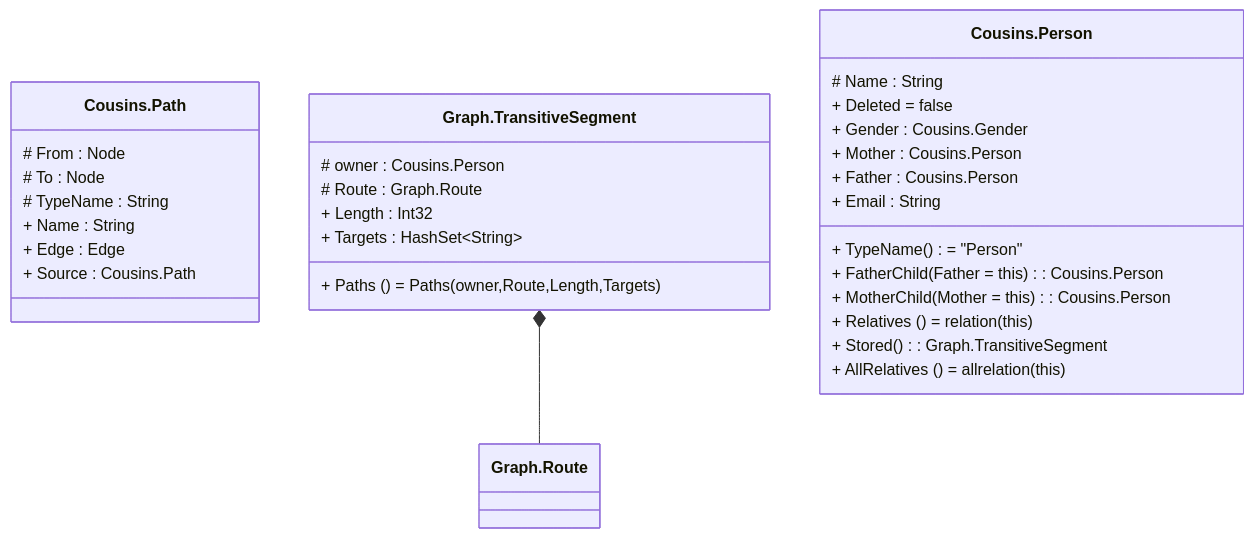
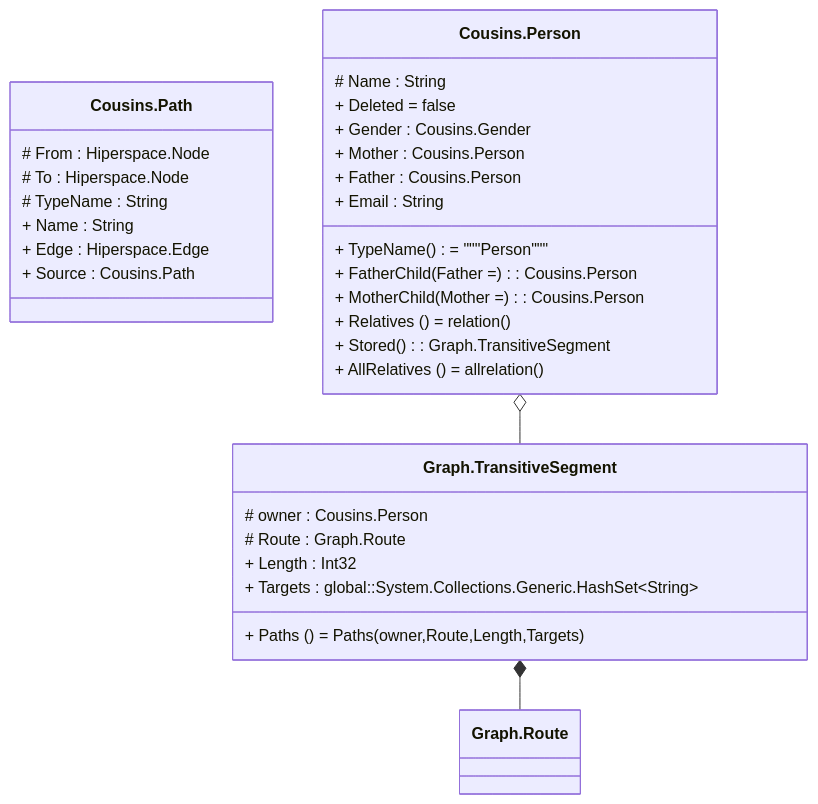
The diagram in examples/CousinProblem/Cousins-physical.md (channell/Hiperspace), drawn with Mermaid before and after one commit. The commit also changed other lines of this file and 2496 other files, not shown here.

````diff
--- a/examples/CousinProblem/Cousins-physical.md
+++ b/examples/CousinProblem/Cousins-physical.md
@@ -2,34 +2,35 @@
 ```mermaid
 classDiagram
     class Cousins.Path {
-        # From  : Node
-        # To  : Node
+        # From  : Hiperspace.Node
+        # To  : Hiperspace.Node
         # TypeName  : String
         + Name  : String
-        + Edge  : Edge
+        + Edge  : Hiperspace.Edge
         + Source  : Cousins.Path
     }
-    class Graph.TransitiveSegment {
-        # owner  : Cousins.Person
-        # Route  : Graph.Route
-        + Length  : Int32
-        + Targets  : HashSet~String~
-        + Paths () = Paths(owner,Route,Length,Targets)
-    }
-    Graph.TransitiveSegment *-- Graph.Route
     class Cousins.Person {
         # Name  : String
         + Deleted  = false
         + Gender  : Cousins.Gender
         + Mother  : Cousins.Person
         + Father  : Cousins.Person
         + Email  : String
-        + TypeName () = "Person"
-        + FatherChild (Father = this) : Cousins.Person
-        + MotherChild (Mother = this) : Cousins.Person
-        + Relatives () = relation(this)
+        + TypeName () = """Person"""
+        + FatherChild (Father = ) : Cousins.Person
+        + MotherChild (Mother = ) : Cousins.Person
+        + Relatives () = relation()
         + Stored () : Graph.TransitiveSegment
-        + AllRelatives () = allrelation(this)
+        + AllRelatives () = allrelation()
     }
+    Cousins.Person o-- Graph.TransitiveSegment
+    class Graph.TransitiveSegment {
+        # owner  : Cousins.Person
+        # Route  : Graph.Route
+        + Length  : Int32
+        + Targets  : global::System.Collections.Generic.HashSet~String~
+        + Paths () = Paths(owner,Route,Length,Targets)
+    }
+    Graph.TransitiveSegment *-- Graph.Route
 
 ```
````
